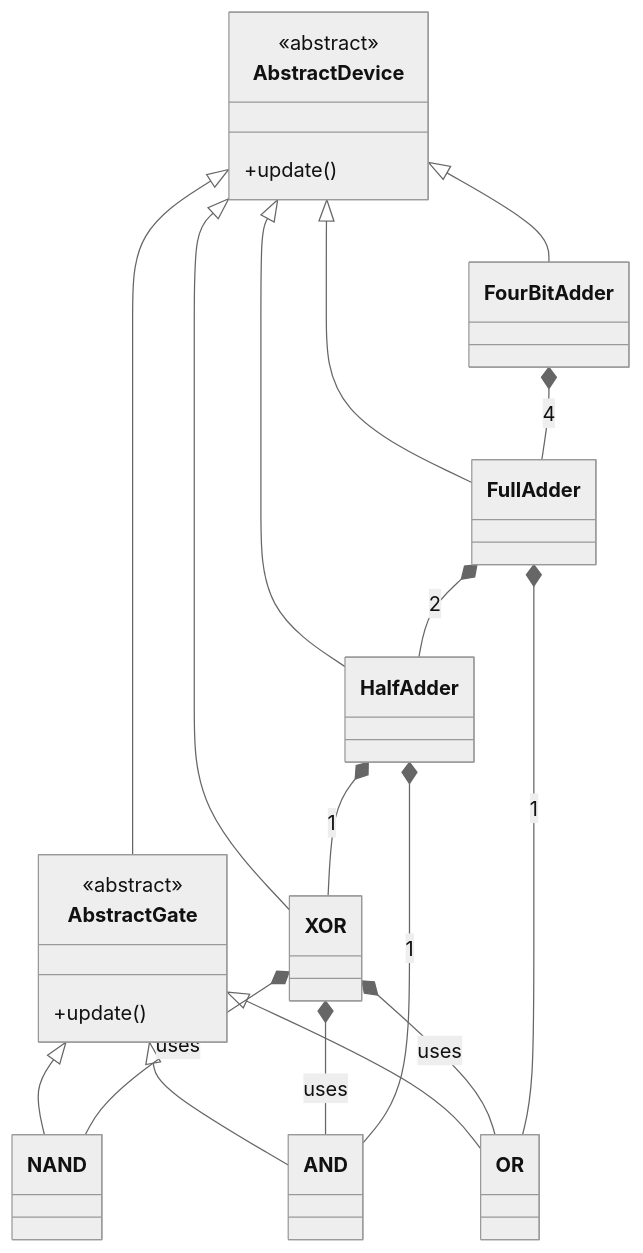
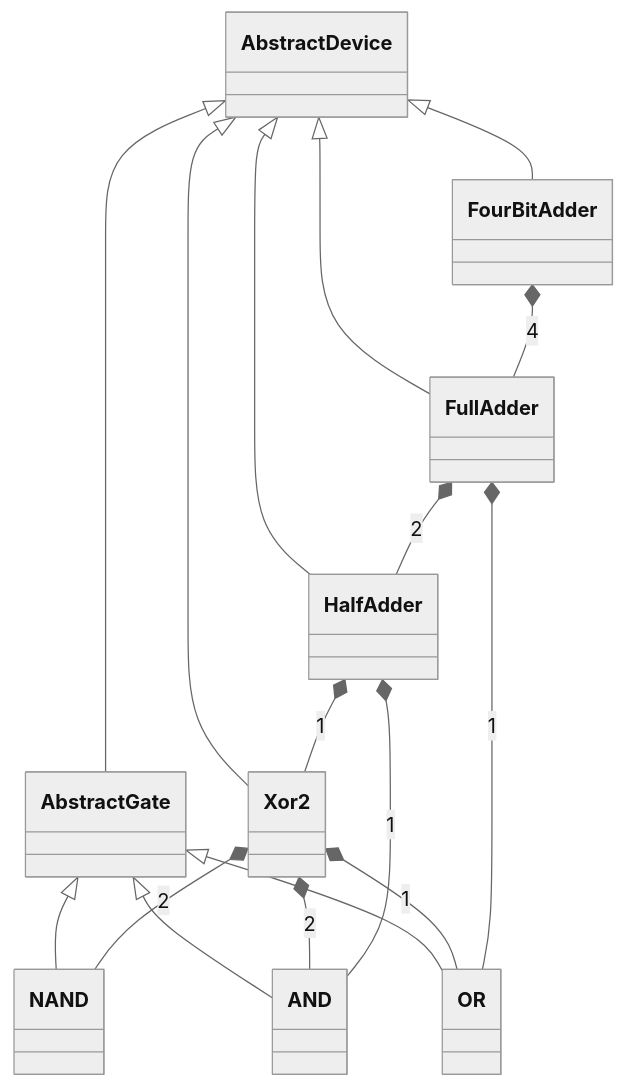
Before and after one commit to allenbaby/CSC-582-A1: the diagram in design/simple_UML.mmd, drawn with Mermaid (neutral theme).

```diff
--- a/design/simple_UML.mmd
+++ b/design/simple_UML.mmd
@@ -1,45 +1,34 @@
 classDiagram
 
-class AbstractDevice {
-  <<abstract>>
-  +update()
-}
-
-class AbstractGate {
-  <<abstract>>
-  +update()
-}
-
-AbstractDevice <|-- AbstractGate
-
+class AbstractDevice
+class AbstractGate
 class NAND
 class AND
 class OR
+class Xor2
+class HalfAdder
+class FullAdder
+class FourBitAdder
+
+AbstractDevice <|-- AbstractGate
 
 AbstractGate <|-- NAND
 AbstractGate <|-- AND
 AbstractGate <|-- OR
 
-class XOR
-AbstractDevice <|-- XOR
-
-class HalfAdder
+AbstractDevice <|-- Xor2
 AbstractDevice <|-- HalfAdder
-
-class FullAdder
 AbstractDevice <|-- FullAdder
-
-class FourBitAdder
 AbstractDevice <|-- FourBitAdder
 
-XOR *-- NAND : uses
-XOR *-- AND : uses
-XOR *-- OR : uses
+Xor2 *-- NAND : 2
+Xor2 *-- AND : 2
+Xor2 *-- OR : 1
 
-HalfAdder *-- XOR : 1
+HalfAdder *-- Xor2 : 1
 HalfAdder *-- AND : 1
 
 FullAdder *-- HalfAdder : 2
 FullAdder *-- OR : 1
 
 FourBitAdder *-- FullAdder : 4
```
